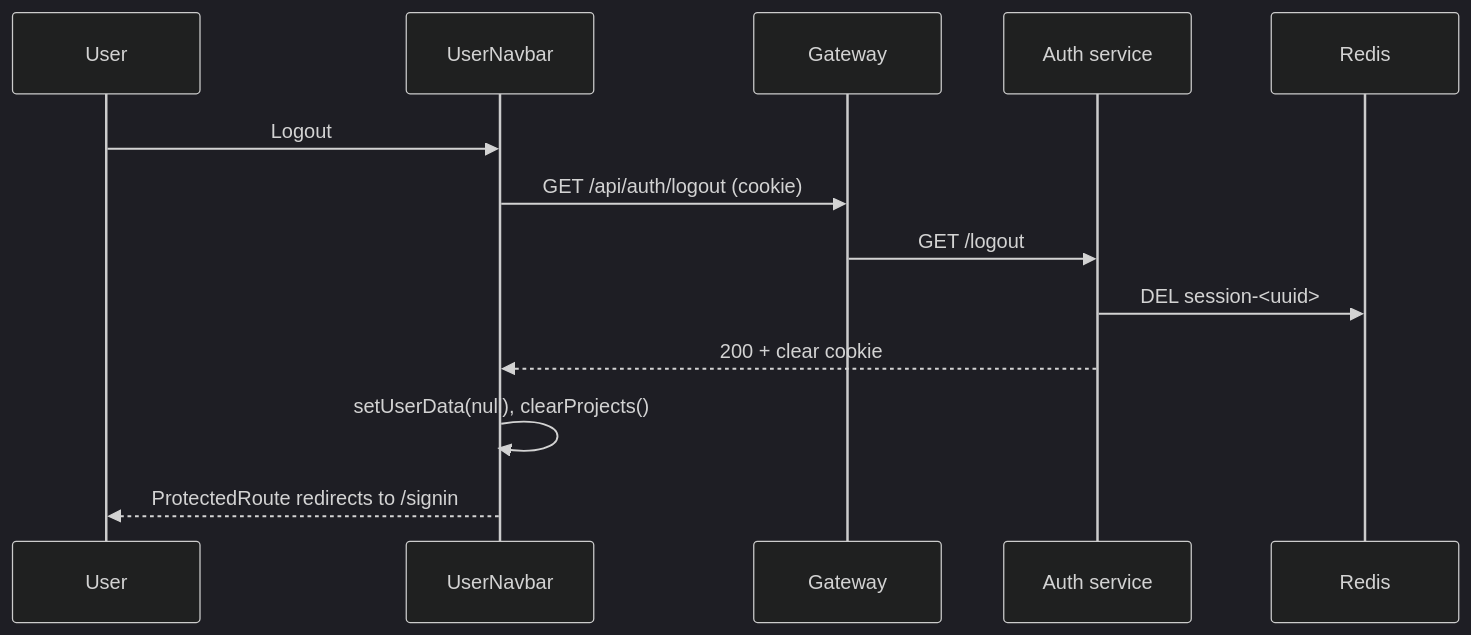
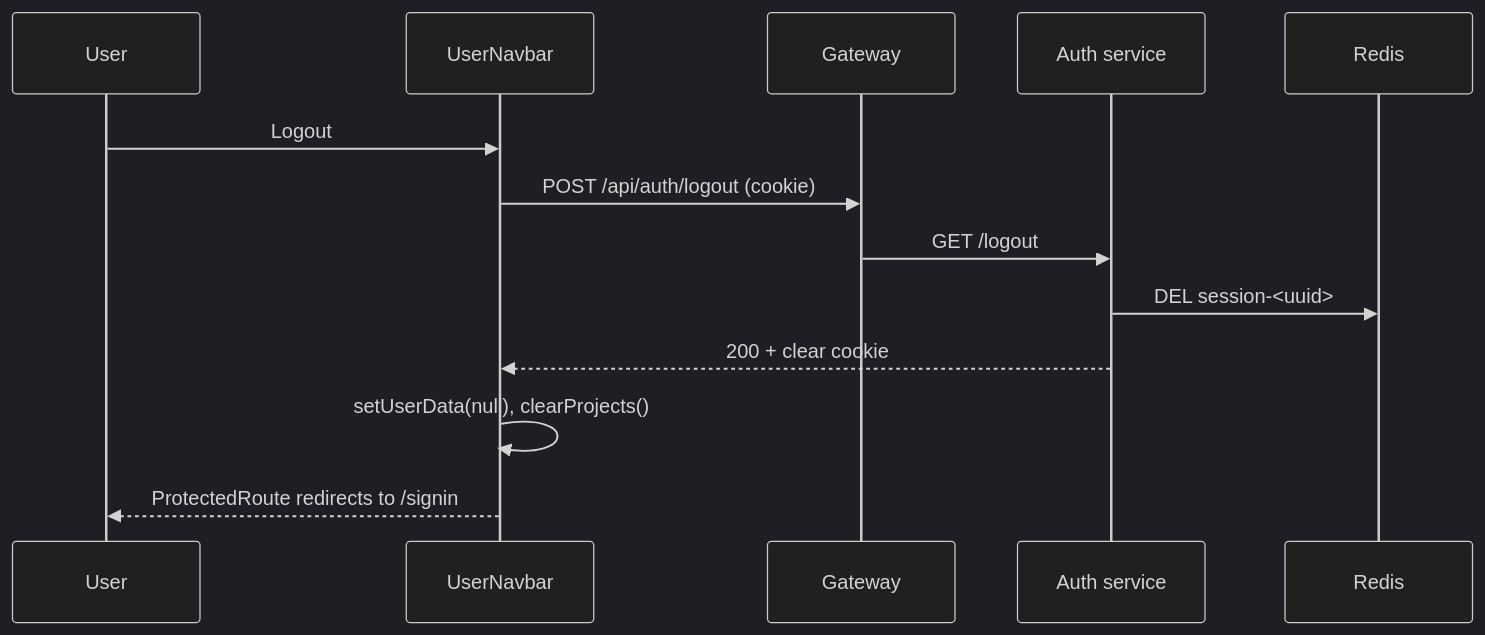
The fourth of 4 diagrams in docs/frontend/routing-and-auth.md (yamanhassan1/NexPulse), drawn with Mermaid (dark theme) before and after one commit. The commit also changed 84 other files, not shown here.

````diff
--- a/docs/frontend/routing-and-auth.md
+++ b/docs/frontend/routing-and-auth.md
@@ -234,16 +234,16 @@
 ```mermaid
 sequenceDiagram
     participant U as User
     participant N as UserNavbar
     participant G as Gateway
     participant A as Auth service
     participant R as Redis
 
     U->>N: Logout
-    N->>G: GET /api/auth/logout (cookie)
+    N->>G: POST /api/auth/logout (cookie)
     G->>A: GET /logout
     A->>R: DEL session-<uuid>
     A-->>N: 200 + clear cookie
     N->>N: setUserData(null), clearProjects()
     N-->>U: ProtectedRoute redirects to /signin
 ```
````
